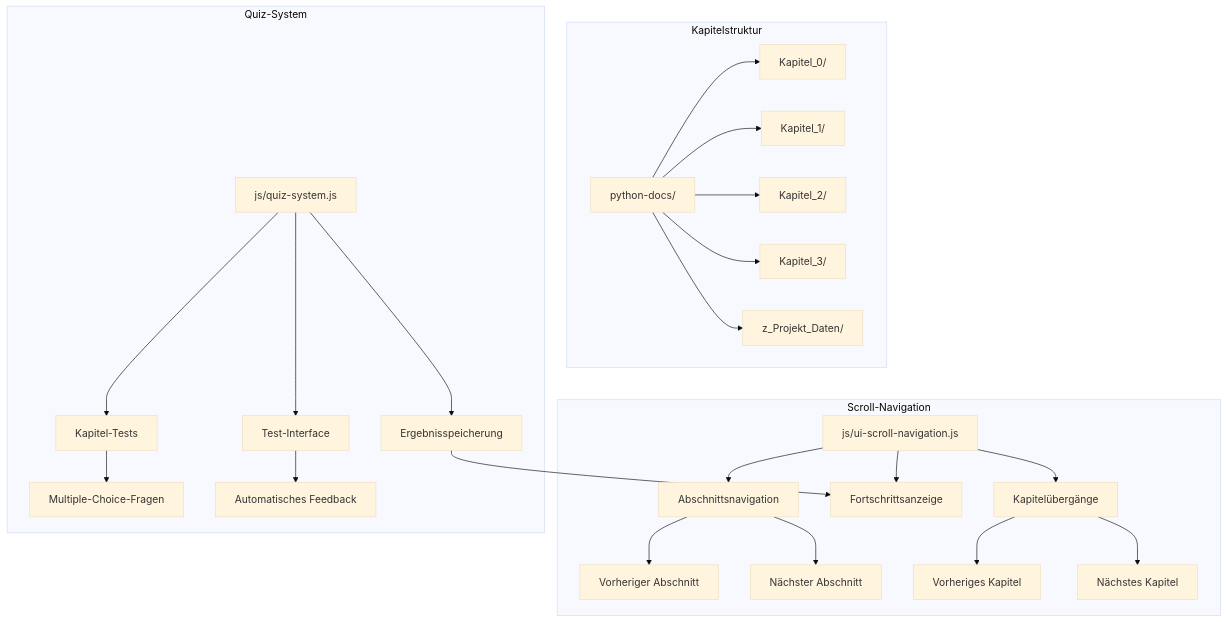
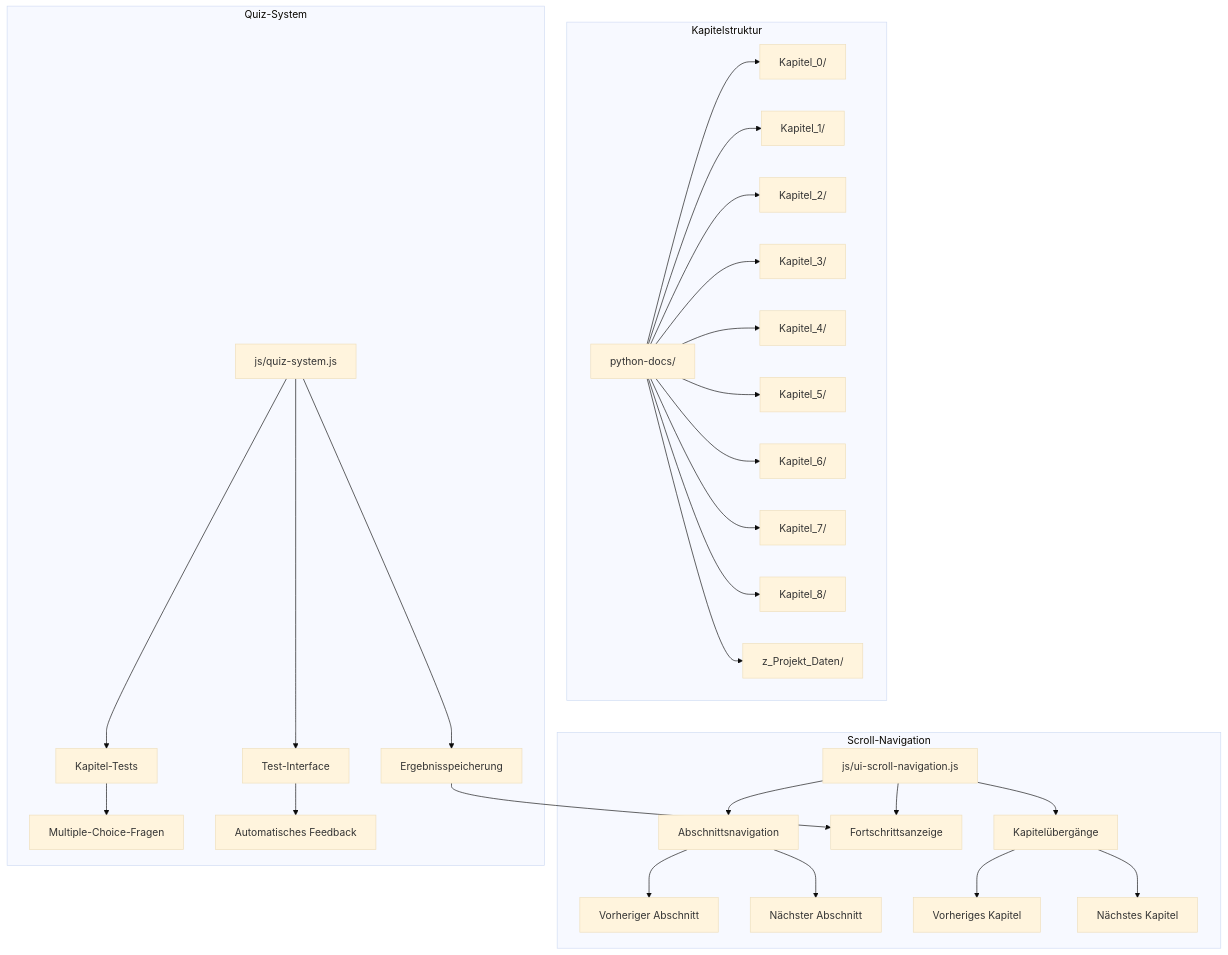
Before and after one commit to vsvito420/python3: the fourth of 4 diagrams in README.md, drawn with Mermaid (base theme). The commit also changed other lines of this file, not shown here.

````diff
--- a/README.md
+++ b/README.md
@@ -216,42 +232,52 @@
 ```mermaid
 graph TD
     subgraph "Kapitelstruktur"
         docs[python-docs/]
         kap0[Kapitel_0/]
         kap1[Kapitel_1/]
         kap2[Kapitel_2/]
         kap3[Kapitel_3/]
+        kap4[Kapitel_4/]
+        kap5[Kapitel_5/]
+        kap6[Kapitel_6/]
+        kap7[Kapitel_7/]
+        kap8[Kapitel_8/]
         projekt[z_Projekt_Daten/]
 
         docs --> kap0
         docs --> kap1
         docs --> kap2
         docs --> kap3
+        docs --> kap4
+        docs --> kap5
+        docs --> kap6
+        docs --> kap7
+        docs --> kap8
         docs --> projekt
     end
 
     subgraph "Scroll-Navigation"
         scroll[js/ui-scroll-navigation.js]
 
         scroll --> sections[Abschnittsnavigation]
         scroll --> progress[Fortschrittsanzeige]
         scroll --> chapter[Kapitelübergänge]
 
         sections --> prev[Vorheriger Abschnitt]
         sections --> next[Nächster Abschnitt]
         chapter --> prevChap[Vorheriges Kapitel]
         chapter --> nextChap[Nächstes Kapitel]
     end
     
     subgraph "Quiz-System"
         quiz[js/quiz-system.js]
         
         quiz --> quizData[Kapitel-Tests]
         quiz --> quizUI[Test-Interface]
         quiz --> quizResults[Ergebnisspeicherung]
         
         quizData --> questions[Multiple-Choice-Fragen]
         quizUI --> feedback[Automatisches Feedback]
         quizResults --> progress[Fortschrittsanzeige]
     end
 ```
````
